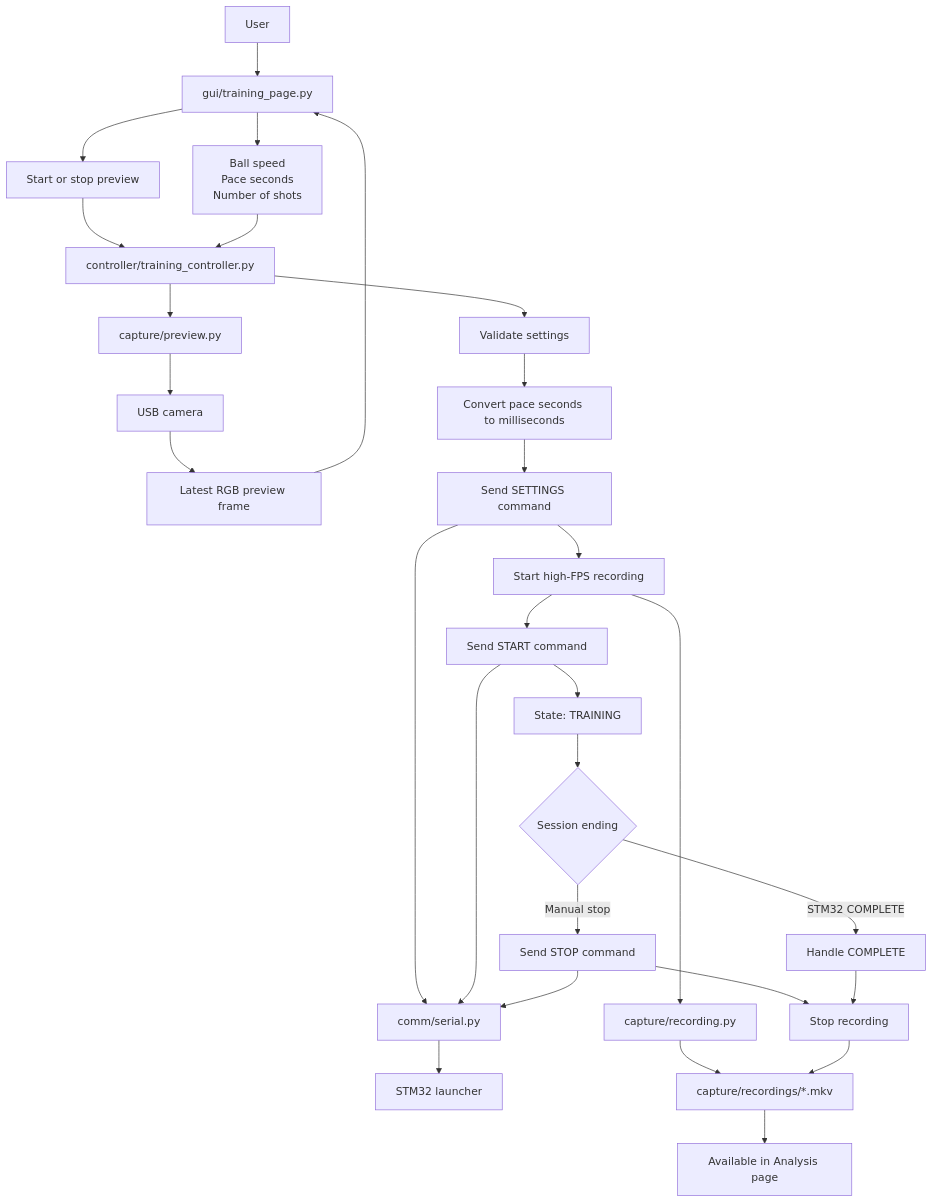
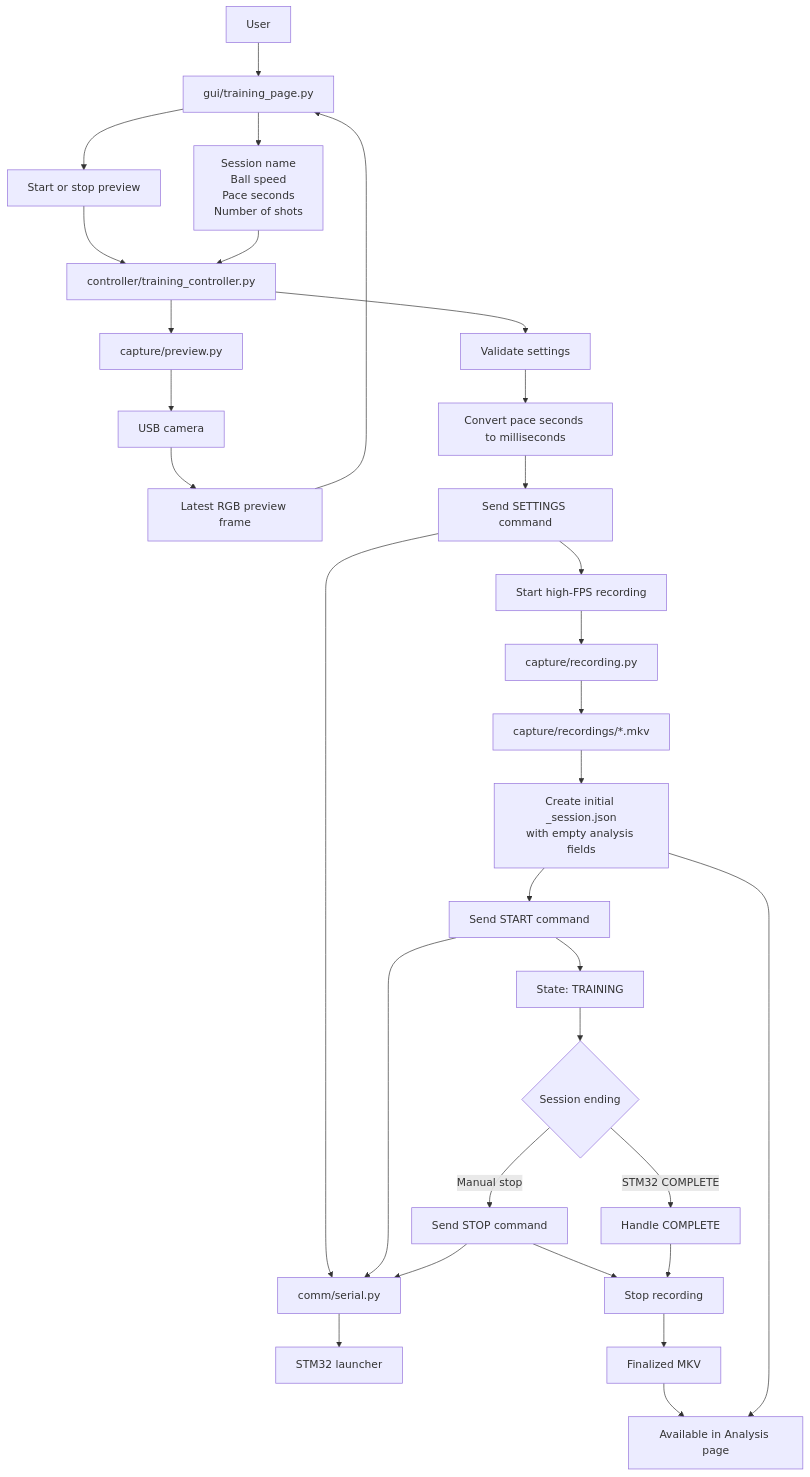
One commit to CoulterRolph/Capstone_Opencv changed the first of 3 diagrams in jetson/docs/training_workflow.md. Above: the diagram before and after it, drawn with Mermaid. The commit also changed other lines of this file and 9 other files, not shown here.

````diff
--- a/jetson/docs/training_workflow.md
+++ b/jetson/docs/training_workflow.md
@@ -40,41 +42,43 @@
 ```mermaid
 flowchart TD
     User[User] --> TrainingPage[gui/training_page.py]
 
     TrainingPage --> PreviewControls[Start or stop preview]
     PreviewControls --> TrainingController[controller/training_controller.py]
     TrainingController --> PreviewService[capture/preview.py]
     PreviewService --> Camera[USB camera]
     Camera --> PreviewFrame[Latest RGB preview frame]
     PreviewFrame --> TrainingPage
 
-    TrainingPage --> Settings[Ball speed<br/>Pace seconds<br/>Number of shots]
+    TrainingPage --> Settings[Session name<br/>Ball speed<br/>Pace seconds<br/>Number of shots]
     Settings --> TrainingController
 
     TrainingController --> Validate[Validate settings]
     Validate --> Pace[Convert pace seconds to milliseconds]
 
     Pace --> SendSettings[Send SETTINGS command]
     SendSettings --> Serial[comm/serial.py]
     Serial --> STM32[STM32 launcher]
 
     SendSettings --> StartRecording[Start high-FPS recording]
     StartRecording --> Recorder[capture/recording.py]
     Recorder --> RecordingFile[capture/recordings/*.mkv]
+    RecordingFile --> InitialJSON[Create initial _session.json<br/>with empty analysis fields]
 
-    StartRecording --> SendStart[Send START command]
+    InitialJSON --> SendStart[Send START command]
     SendStart --> Serial
 
     SendStart --> Running[State: TRAINING]
     Running --> StopChoice{Session ending}
 
     StopChoice -->|Manual stop| SendStop[Send STOP command]
     SendStop --> Serial
     SendStop --> StopRecording[Stop recording]
 
     StopChoice -->|STM32 COMPLETE| Complete[Handle COMPLETE]
     Complete --> StopRecording
 
-    StopRecording --> RecordingFile
-    RecordingFile --> Analysis[Available in Analysis page]
+    StopRecording --> FinalizedVideo[Finalized MKV]
+    FinalizedVideo --> Analysis[Available in Analysis page]
+    InitialJSON --> Analysis
 ```
````
